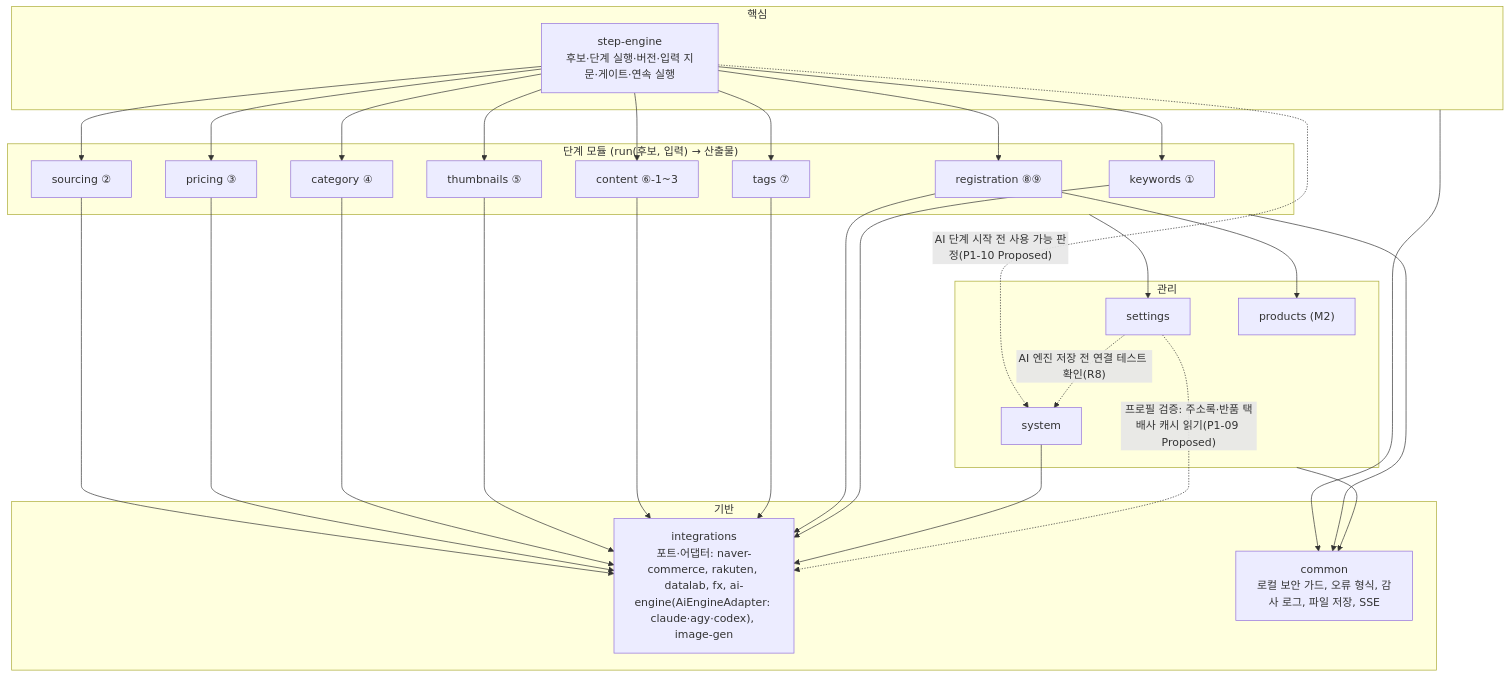
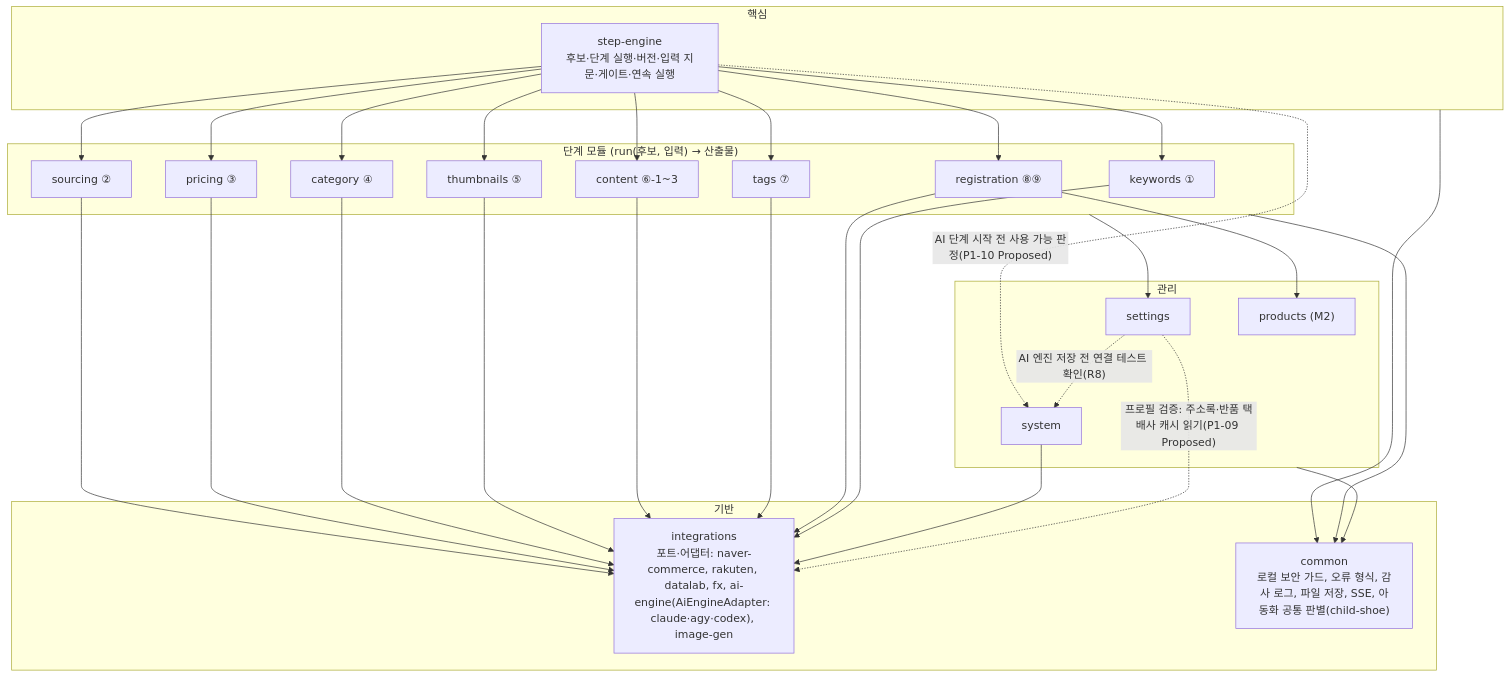
The third of 3 diagrams in docs/dev/03_아키텍처/03-2_C4다이어그램.md (gogipa/authStore), drawn with Mermaid before and after one commit. The commit also changed other lines of this file and 117 other files, not shown here.

````diff
--- a/docs/dev/03_아키텍처/03-2_C4다이어그램.md
+++ b/docs/dev/03_아키텍처/03-2_C4다이어그램.md
@@ -52,34 +52,34 @@
 ```mermaid
 flowchart TB
   subgraph core["핵심"]
     engine["step-engine<br/>후보·단계 실행·버전·입력 지문·게이트·연속 실행"]
   end
   subgraph steps["단계 모듈 (run(후보, 입력) → 산출물)"]
     kw["keywords ①"]
     so["sourcing ②"]
     pj["pricing ③"]
     ca["category ④"]
     th["thumbnails ⑤"]
     ct["content ⑥-1~3"]
     tg["tags ⑦"]
     rg["registration ⑧⑨"]
   end
   subgraph mgmt["관리"]
     pm["products (M2)"]
     st["settings"]
     sy["system"]
   end
   subgraph infra["기반"]
     integ["integrations<br/>포트·어댑터: naver-commerce, rakuten, datalab, fx, ai-engine(AiEngineAdapter: claude·agy·codex), image-gen"]
-    common["common<br/>로컬 보안 가드, 오류 형식, 감사 로그, 파일 저장, SSE"]
+    common["common<br/>로컬 보안 가드, 오류 형식, 감사 로그, 파일 저장, SSE, 아동화 공통 판별(child-shoe)"]
   end
   engine --> kw & so & pj & ca & th & ct & tg & rg
   so & pj & ca & th & ct & tg & rg & kw --> integ
   steps --> st
   rg --> pm
   sy --> integ
   engine -.->|"AI 단계 시작 전 사용 가능 판정(P1-10 Proposed)"| sy
   st -.->|"AI 엔진 저장 전 연결 테스트 확인(R8)"| sy
   st -.->|"프로필 검증: 주소록·반품 택배사 캐시 읽기(P1-09 Proposed)"| integ
   core & steps & mgmt --> common
 ```
````
